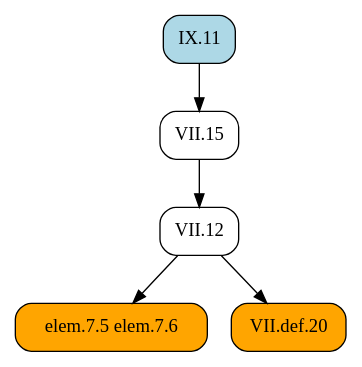
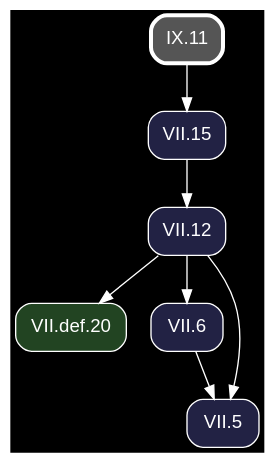
Before and after one commit to geometor/elements: the diagram in docsrc/heath/IX/11/index.rst, drawn with Graphviz. The commit also changed other lines of this file and 1200 other files, not shown here.

Commit message:
update dependency graphs

```diff
--- a/docsrc/heath/IX/11/index.rst
+++ b/docsrc/heath/IX/11/index.rst
@@ -43,15 +43,20 @@
 .. graphviz::
 
    digraph {
+     bgcolor="black";
+     node [shape=box, style="rounded,filled", fontname="Helvetica", color="white", fontcolor="white"];
+     edge [color="white", fontcolor="white"];
      rankdir="TB";
-     node [shape=box, style=rounded];
-     "VII.12" [URL="/heath/VII/12/", target="_top"];
-     "elem.7.5 elem.7.6" [style="rounded,filled", fillcolor=orange];
-     "IX.11" [style="rounded,filled", fillcolor=lightblue, URL="/heath/IX/11/", target="_top"];
-     "VII.def.20" [style="rounded,filled", fillcolor=orange, URL="/heath/VII/def.20/", target="_top"];
-     "VII.15" [URL="/heath/VII/15/", target="_top"];
+     "VII.def.20" [fillcolor="#224422", URL="/heath/VII/def.20/", target="_top"];
+     "VII.12" [fillcolor="#222244", URL="/heath/VII/12/", target="_top"];
+     "VII.6" [fillcolor="#222244", URL="/heath/VII/6/", target="_top"];
+     "IX.11" [penwidth=3, color="white", fillcolor="#555555", URL="/heath/IX/11/", target="_top"];
+     "VII.15" [fillcolor="#222244", URL="/heath/VII/15/", target="_top"];
+     "VII.5" [fillcolor="#222244", URL="/heath/VII/5/", target="_top"];
+     "VII.12" -> "VII.def.20";
      "VII.15" -> "VII.12";
-     "VII.12" -> "elem.7.5 elem.7.6";
-     "VII.12" -> "VII.def.20";
+     "VII.12" -> "VII.6";
      "IX.11" -> "VII.15";
+     "VII.6" -> "VII.5";
+     "VII.12" -> "VII.5";
    }
```
